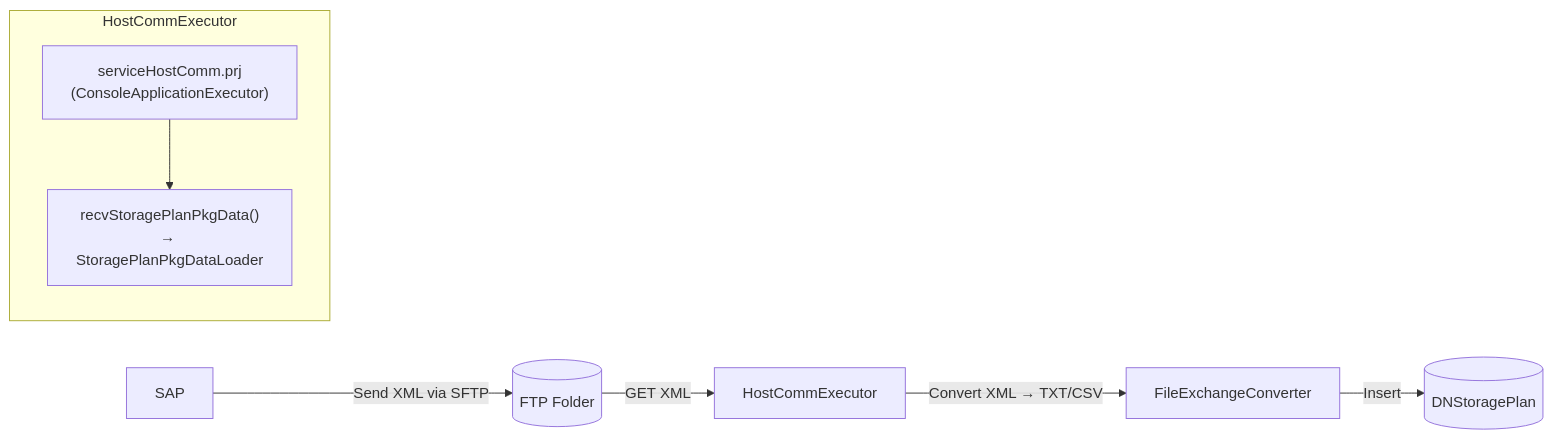
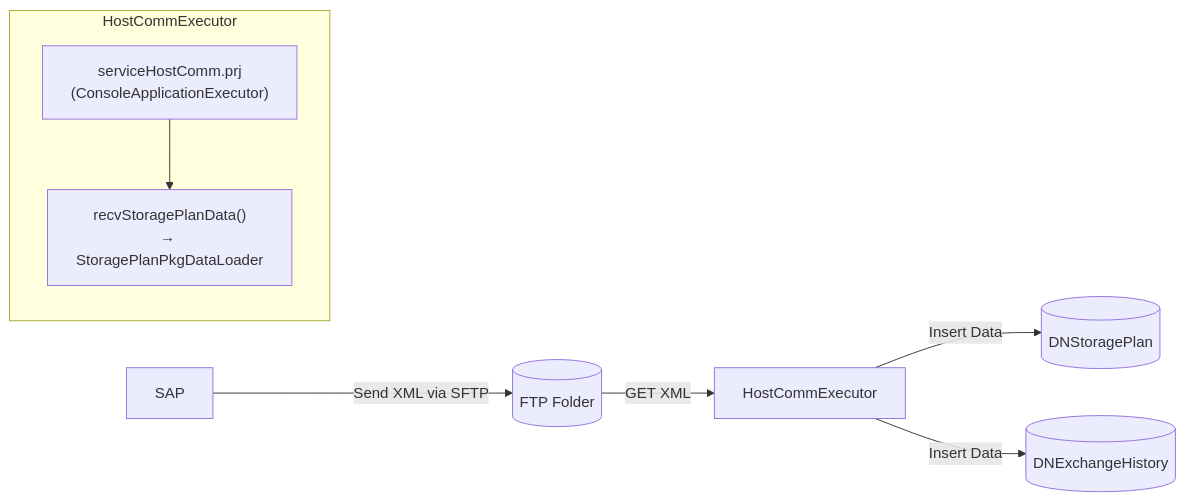
The diagram in Basic-Design/Host-Interfaces/Planned-Storage-PKG.md (luthfiadityaa/SimeDarby-Wiki), drawn with Mermaid before and after one commit.

Commit message:
Updated Planned Storage PKG

```diff
--- a/Basic-Design/Host-Interfaces/Planned-Storage-PKG.md
+++ b/Basic-Design/Host-Interfaces/Planned-Storage-PKG.md
@@ -11,13 +11,13 @@
 ::: mermaid
 flowchart LR
     A[SAP] -->|Send XML via SFTP| B[(FTP Folder)]
     B -->|GET XML| C[HostCommExecutor]
-    C -->|Convert XML → TXT/CSV| D[FileExchangeConverter]
-    D -->|Insert| E[(DNStoragePlan)]
+    C -->|Insert Data| E[(DNStoragePlan)]
+    C -->|Insert Data| F[(DNExchangeHistory)]
 
     subgraph HostCommExecutor
         C1["serviceHostComm.prj<br>(ConsoleApplicationExecutor)"]
-        C2["recvStoragePlanPkgData()<br>→ StoragePlanPkgDataLoader"]
+        C2["recvStoragePlanData()<br>→ StoragePlanPkgDataLoader"]
         C1 --> C2
     end
 :::
```
